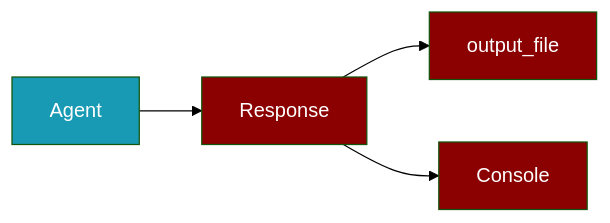
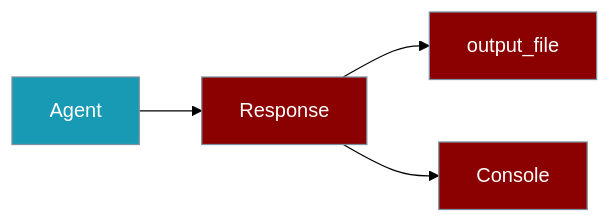
Before and after one commit to MervinPraison/PraisonAIDocs: the second of 5 diagrams in docs/features/save-output.mdx, drawn with Mermaid (forest theme). The commit also changed other lines of this file and 19 other files, not shown here.

First line of the commit message:
docs: fix remaining style→classDef in secondary diagrams (PR #1384 follow-up)

````diff
--- a/docs/features/save-output.mdx
+++ b/docs/features/save-output.mdx
@@ -102,11 +105,11 @@
 ```mermaid
 flowchart LR
     A[Agent] --> R[Response]
     R --> F[output_file]
     R --> C[Console]
     
-    style A fill:#189AB4,color:#fff
-    style R fill:#8B0000,color:#fff
-    style F fill:#8B0000,color:#fff
-    style C fill:#8B0000,color:#fff
+    classDef tool fill:#189AB4,stroke:#7C90A0,color:#fff
+    classDef agent fill:#8B0000,stroke:#7C90A0,color:#fff
+    class A tool
+    class R,F,C agent
 ```
````
